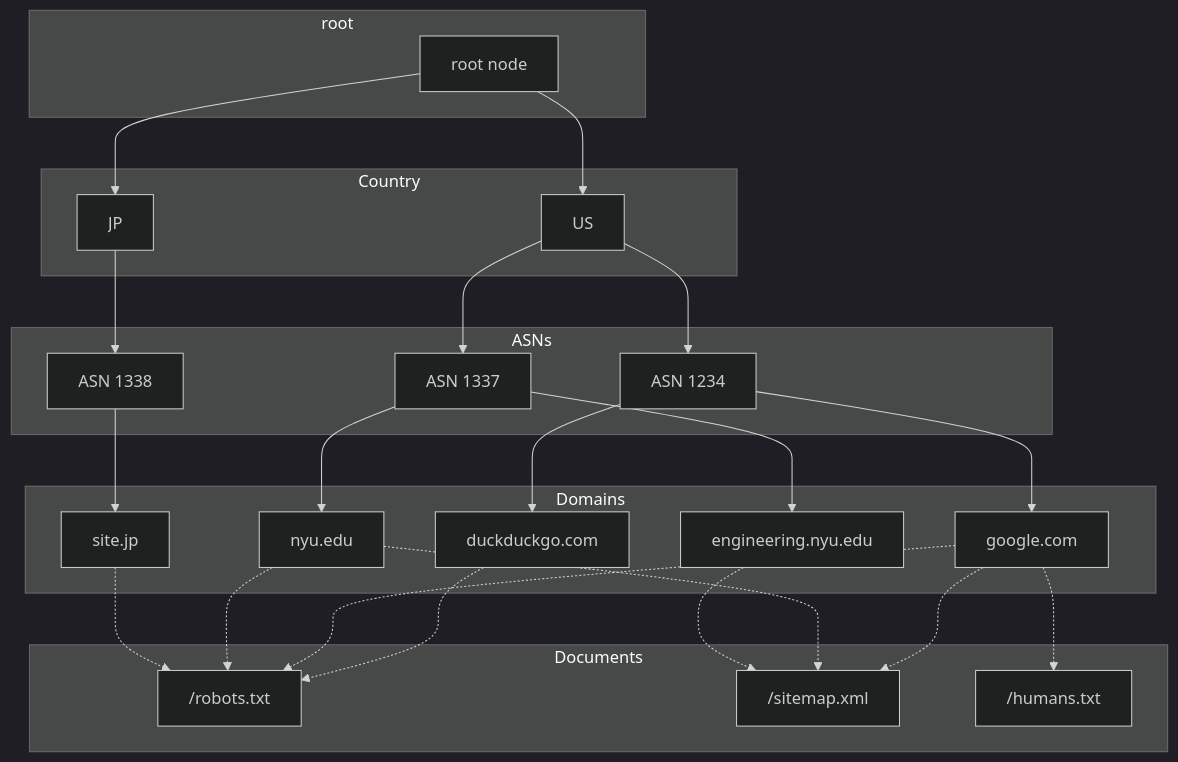
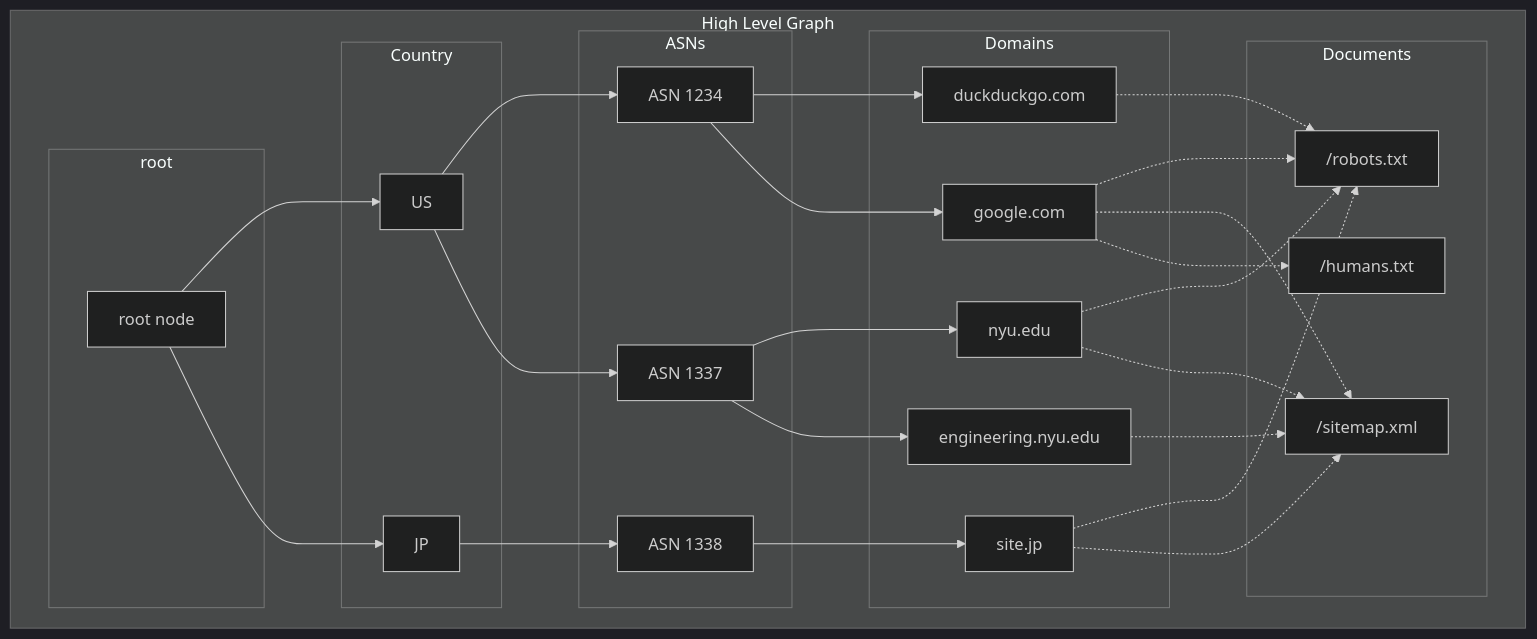
One commit to wabscale/mmds-project-2020 changed the diagram in mermaid/high-level-graph.mmd. Above: the diagram before and after it, drawn with Mermaid (dark theme). The commit also changed 15 other files, not shown here.

```diff
--- a/mermaid/high-level-graph.mmd
+++ b/mermaid/high-level-graph.mmd
@@ -1,28 +1,30 @@
 graph TD
+  subgraph hvg[High Level Graph]
   subgraph rootgroup [root]
   root[root node]
   end
 
   subgraph countrygroup [Country]
   root --> US & JP
   end
 
   subgraph asngroup [ASNs]
   asn1[ASN 1234]
   asn2[ASN 1337]
   asn3[ASN 1338]
   US --> asn1 & asn2
   JP --> asn3
   end
 
   subgraph domains [Domains]
   asn1 --> duckduckgo.com & google.com
   asn2 --> nyu.edu & engineering.nyu.edu
   asn3 --> site.jp
   end
 
   subgraph documents [Documents]
   duckduckgo.com & google.com & nyu.edu & site.jp -.-> /robots.txt
-  google.com & nyu.edu & engineering.nyu.edu -.-> /sitemap.xml
+  google.com & nyu.edu & engineering.nyu.edu & site.jp -.-> /sitemap.xml
   google.com -.-> /humans.txt
   end
+  end
```
